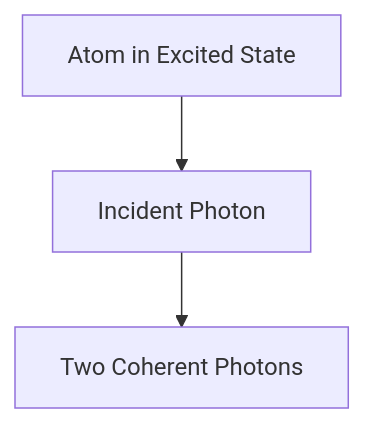
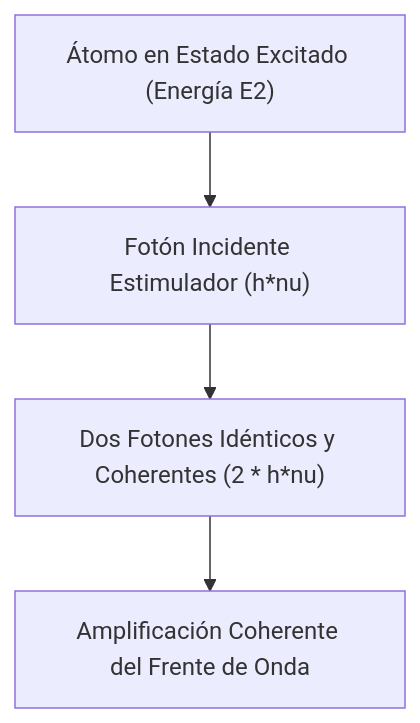
One commit to kenjinote/blog changed the diagram in content/post/physics-laser/index.es.md. Above: the diagram before and after it, drawn with Mermaid. The commit also changed other lines of this file and 219 other files, not shown here.

````diff
--- a/content/post/physics-laser/index.es.md
+++ b/content/post/physics-laser/index.es.md
@@ -17,5 +35,6 @@
 ```mermaid
 flowchart TD
-    A["Atom in Excited State"] --> B["Incident Photon"]
-    B --> C["Two Coherent Photons"]
+    A["Átomo en Estado Excitado (Energía E2)"] --> B["Fotón Incidente Estimulador (h*nu)"]
+    B --> C["Dos Fotones Idénticos y Coherentes (2 * h*nu)"]
+    C --> D["Amplificación Coherente del Frente de Onda"]
 ```
````
